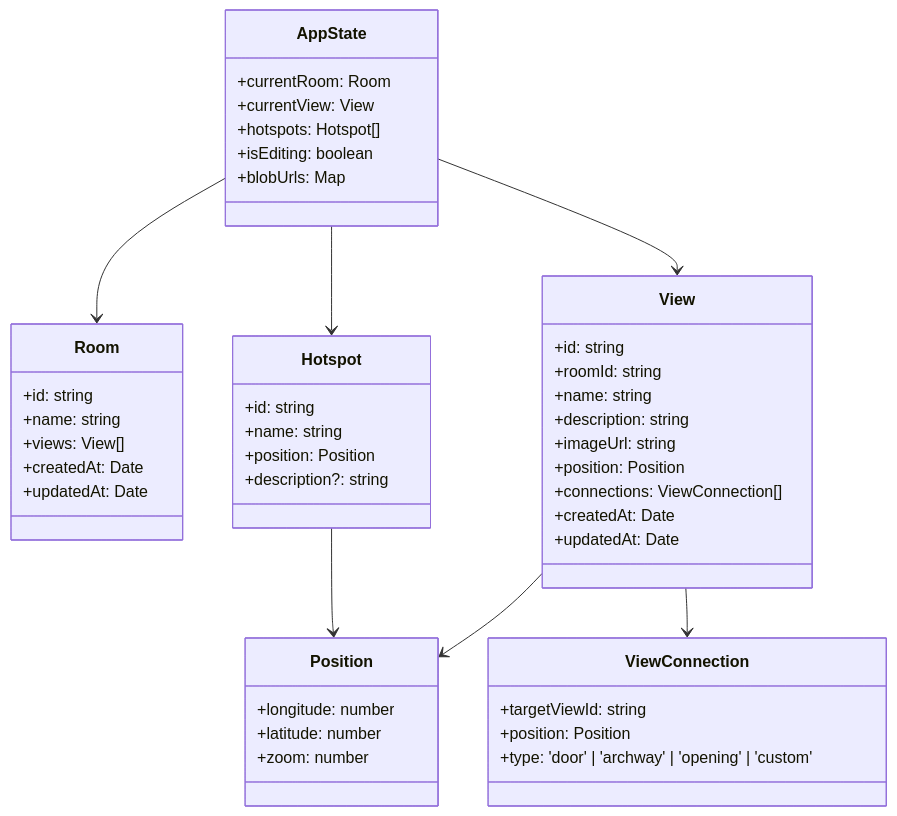
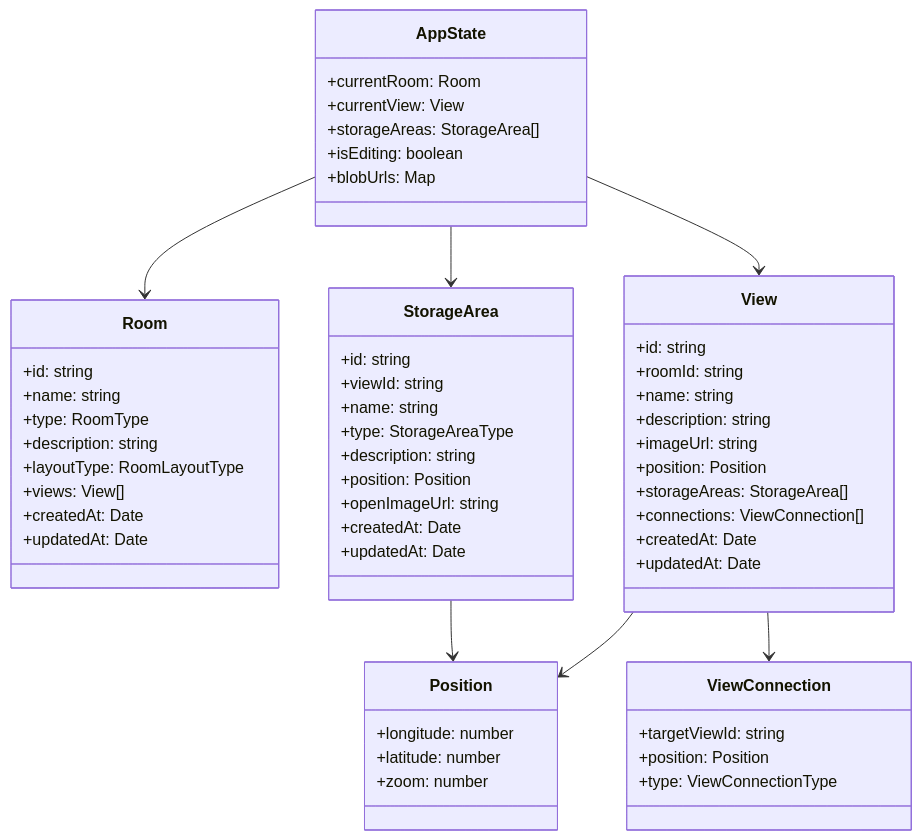
Before and after one commit to straiforos/kitchen-360: the third of 14 diagrams in docs/phases/PHASE_1_LOCAL_STORAGE.md, drawn with Mermaid. The commit also changed other lines of this file, not shown here.

First line of the commit message:
Refactor documentation and code structure for Storage Area management

````diff
--- a/docs/phases/PHASE_1_LOCAL_STORAGE.md
+++ b/docs/phases/PHASE_1_LOCAL_STORAGE.md
@@ -60,56 +60,65 @@
 ```mermaid
 classDiagram
     class AppState {
         +currentRoom: Room
         +currentView: View
-        +hotspots: Hotspot[]
+        +storageAreas: StorageArea[]
         +isEditing: boolean
         +blobUrls: Map<string, string>
     }
     
     class Room {
         +id: string
         +name: string
+        +type: RoomType
+        +description: string
+        +layoutType: RoomLayoutType
         +views: View[]
         +createdAt: Date
         +updatedAt: Date
     }
     
     class View {
         +id: string
         +roomId: string
         +name: string
         +description: string
         +imageUrl: string
         +position: Position
+        +storageAreas: StorageArea[]
         +connections: ViewConnection[]
         +createdAt: Date
         +updatedAt: Date
     }
     
-    class Hotspot {
+    class StorageArea {
         +id: string
+        +viewId: string
         +name: string
+        +type: StorageAreaType
+        +description: string
         +position: Position
-        +description?: string
+        +openImageUrl: string
+        +createdAt: Date
+        +updatedAt: Date
     }
     
     class Position {
         +longitude: number
         +latitude: number
         +zoom: number
     }
     
     class ViewConnection {
         +targetViewId: string
         +position: Position
-        +type: 'door' | 'archway' | 'opening' | 'custom'
+        +type: ViewConnectionType
     }
     
     AppState --> Room
     AppState --> View
-    AppState --> Hotspot
+    AppState --> StorageArea
     View --> Position
-    Hotspot --> Position
+    StorageArea --> Position
     View --> ViewConnection
 ```
````
